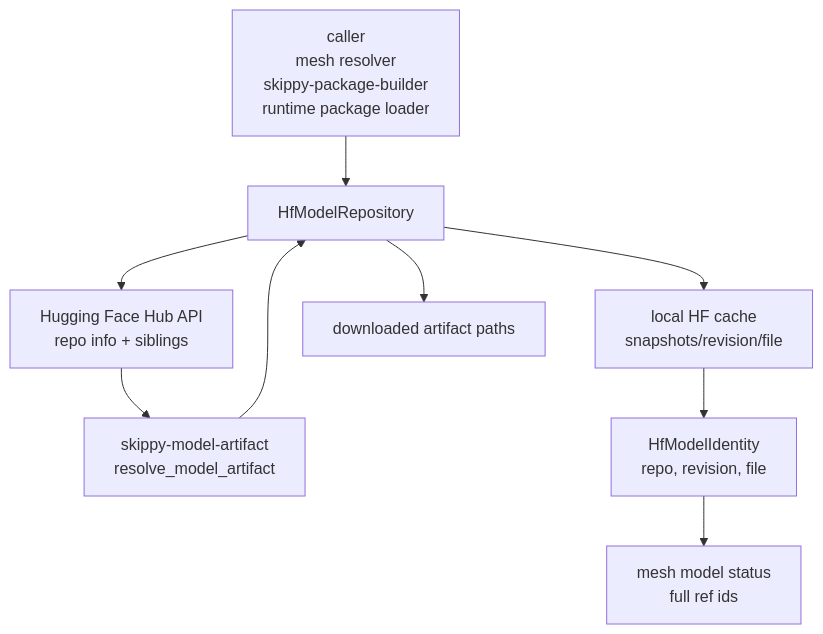
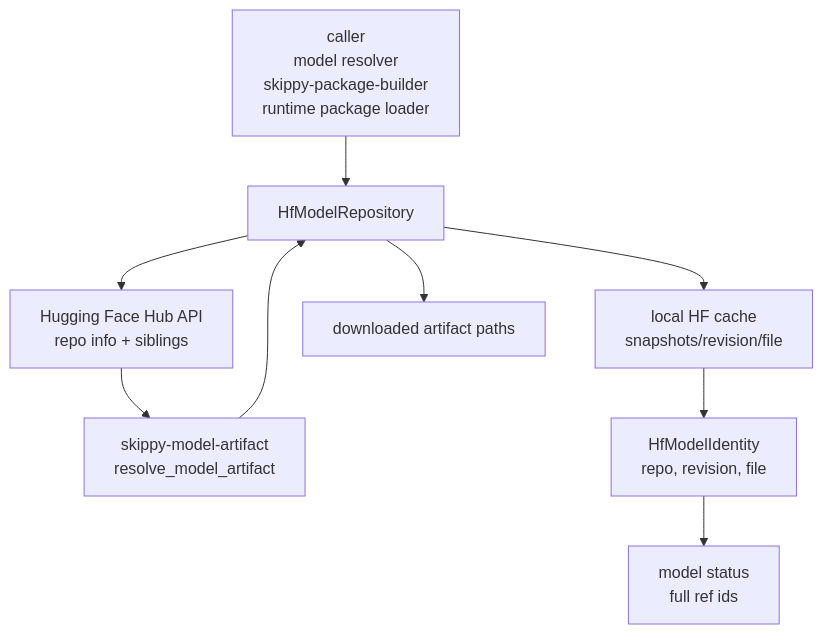
One commit to Mesh-LLM/skippy changed the diagram in crates/skippy-model-hf/README.md. Above: the diagram before and after it, drawn with Mermaid. The commit also changed other lines of this file and 463 other files, not shown here.

Commit message:
Extract Skippy into an independent repository

````diff
--- a/crates/skippy-model-hf/README.md
+++ b/crates/skippy-model-hf/README.md
@@ -16,11 +16,11 @@
 ```mermaid
 flowchart TB
-    C["caller<br/>mesh resolver<br/>skippy-package-builder<br/>runtime package loader"] --> H["HfModelRepository"]
+    C["caller<br/>model resolver<br/>skippy-package-builder<br/>runtime package loader"] --> H["HfModelRepository"]
     H --> API["Hugging Face Hub API<br/>repo info + siblings"]
     H --> Cache["local HF cache<br/>snapshots/revision/file"]
     API --> A["skippy-model-artifact<br/>resolve_model_artifact"]
     A --> H
     H --> D["downloaded artifact paths"]
     Cache --> I["HfModelIdentity<br/>repo, revision, file"]
-    I --> Mesh["mesh model status<br/>full ref ids"]
+    I --> Host["model status<br/>full ref ids"]
 ```
````
